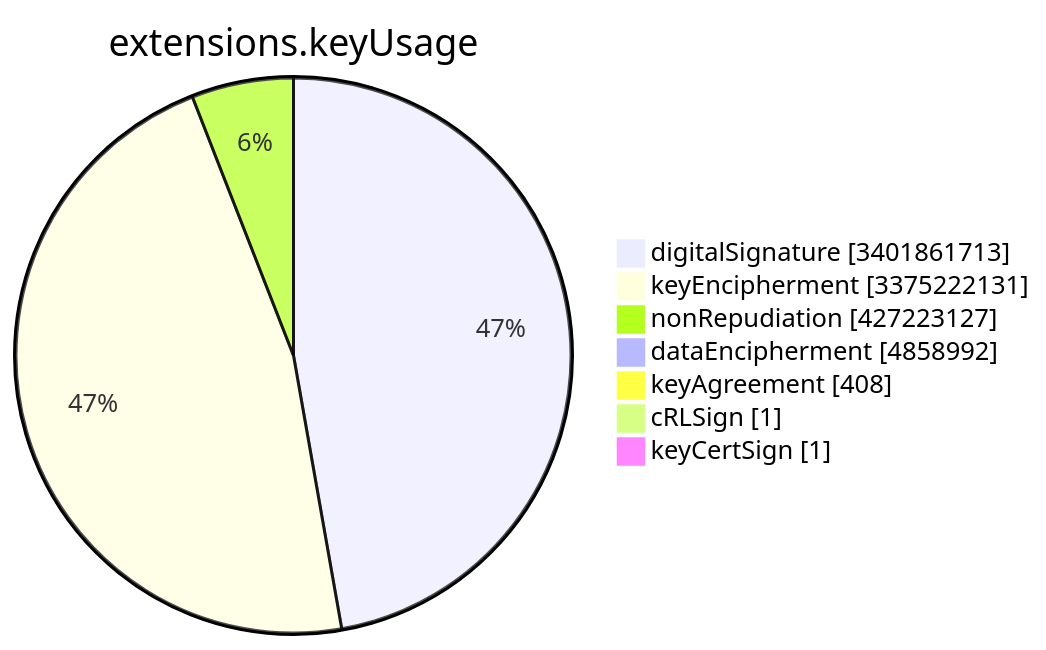
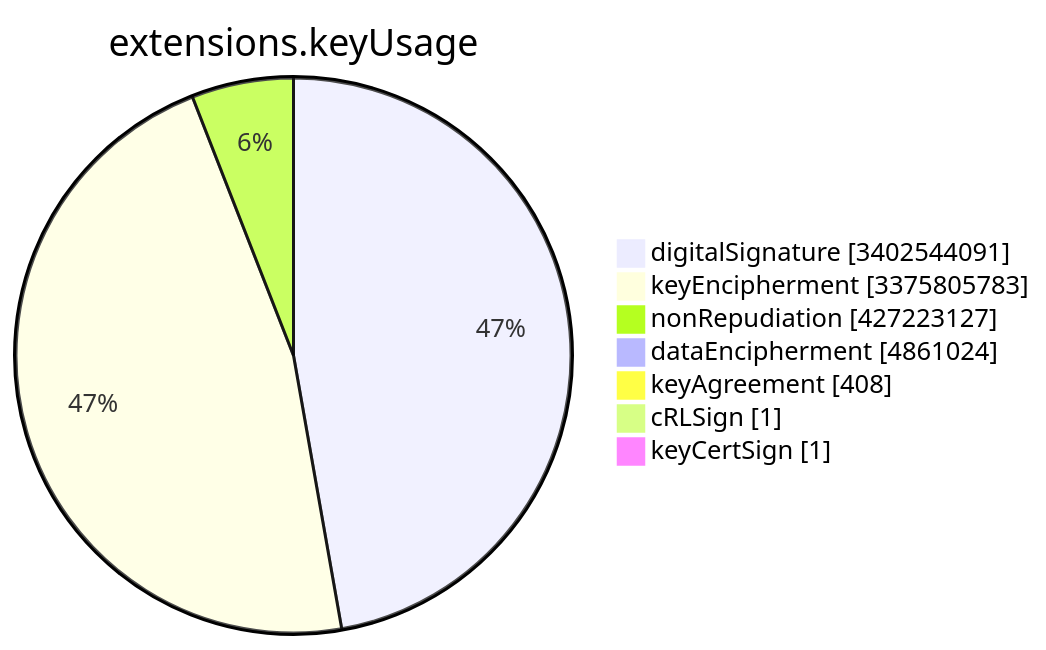
Before and after one commit to christiankrug/ctmonitor_visualization: the sixth of 15 diagrams in TOTAL/README.md, drawn with Mermaid. The commit also changed other lines of this file, not shown here.

````diff
--- a/TOTAL/README.md
+++ b/TOTAL/README.md
@@ -3081,11 +3081,11 @@
 ```mermaid
 pie showData
 title extensions.keyUsage
-"digitalSignature" :3401861713
-"keyEncipherment" :3375222131
+"digitalSignature" :3402544091
+"keyEncipherment" :3375805783
 "nonRepudiation" :427223127
-"dataEncipherment" :4858992
+"dataEncipherment" :4861024
 "keyAgreement" :408
 "cRLSign" :1
 "keyCertSign" :1
 ```
````
